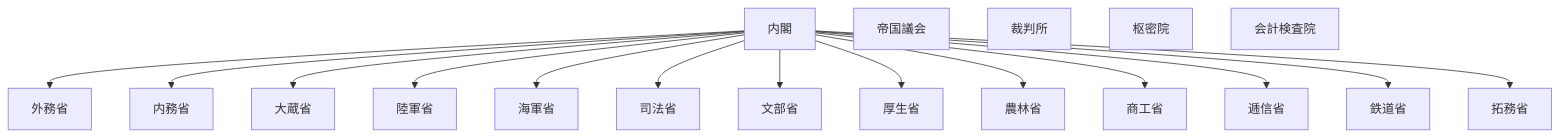
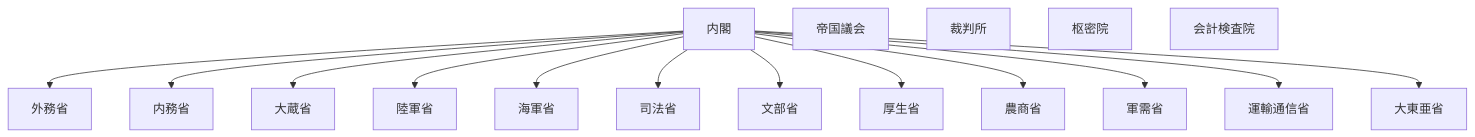
Before and after one commit to tatemaru/jp-admin-org-chart: the diagram in README.md, drawn with Mermaid. The commit also changed other lines of this file, not shown here.

````diff
--- a/README.md
+++ b/README.md
@@ -9,21 +9,20 @@
 ```mermaid
 flowchart TB
   Cab["内閣"]
   Cab --> Gaimu["外務省"]
   Cab --> Naimu["内務省"]
   Cab --> Okura["大蔵省"]
   Cab --> Rikugun["陸軍省"]
   Cab --> Kaigun["海軍省"]
   Cab --> Shiho["司法省"]
   Cab --> Mombu["文部省"]
   Cab --> Kosei["厚生省"]
-  Cab --> Norin["農林省"]
-  Cab --> Shoko["商工省"]
-  Cab --> Teishin["逓信省"]
-  Cab --> Tetsudo["鉄道省"]
-  Cab --> Takumu["拓務省"]
+  Cab --> Nosho["農商省"]
+  Cab --> Gunju["軍需省"]
+  Cab --> UnyuTsushin["運輸通信省"]
+  Cab --> Daitoa["大東亜省"]
   Diet["帝国議会"]
   Court["裁判所"]
   Privy["枢密院"]
   Audit["会計検査院"]
 ```
````
